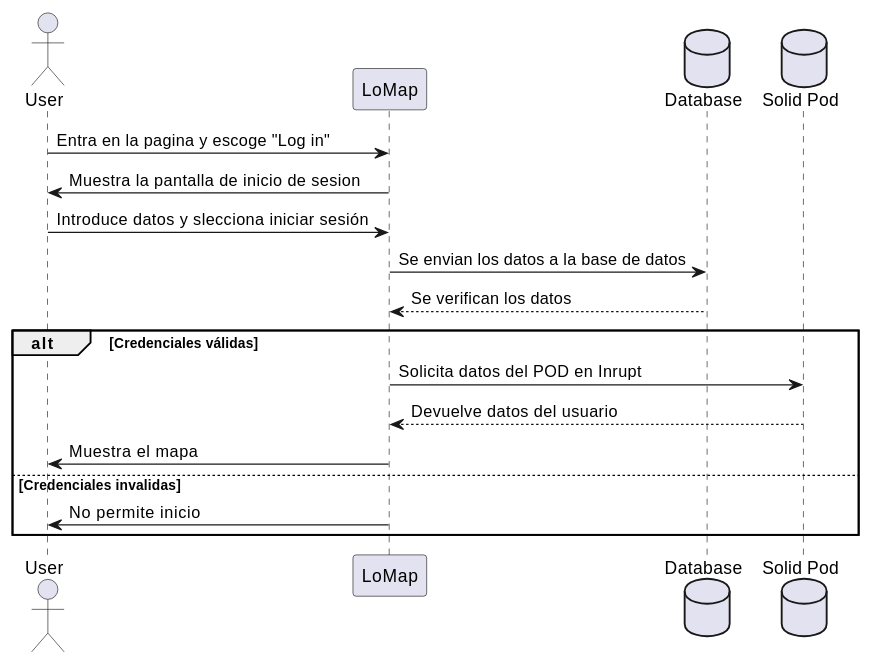
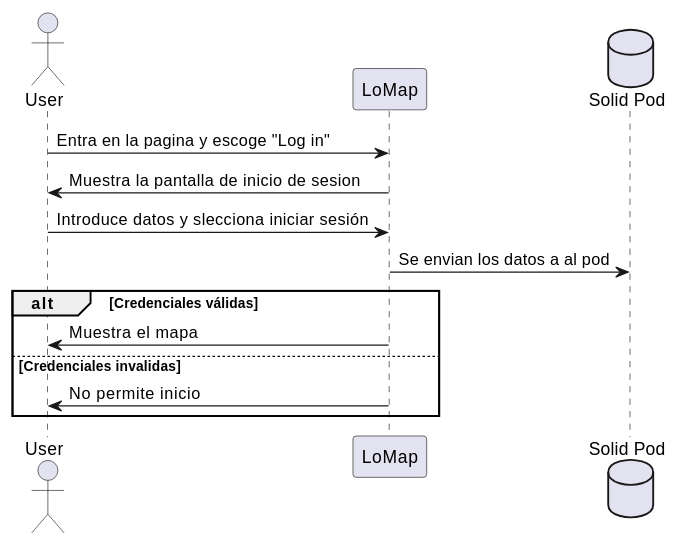
The second of 8 diagrams in docs/06_runtime_view.adoc (Arquisoft/lomap_es4c), drawn with PlantUML before and after one commit. The commit also changed other lines of this file and 1 other file, not shown here.

```diff
--- a/docs/06_runtime_view.adoc
+++ b/docs/06_runtime_view.adoc
@@ -41,20 +51,16 @@
 [plantuml, "Iniciar sesón", png]
 ----
 actor "User" as user
 participant "LoMap" as LoMap
-database "Database" as database
 database "Solid Pod" as pod
 
 user->LoMap: Entra en la pagina y escoge "Log in"
 LoMap->user: Muestra la pantalla de inicio de sesion
 user->LoMap: Introduce datos y slecciona iniciar sesión
-LoMap->database: Se envian los datos a la base de datos
-database-->LoMap:Se verifican los datos
+LoMap->pod: Se envian los datos a al pod
 alt Credenciales válidas
-    LoMap->pod: Solicita datos del POD en Inrupt
-    pod-->LoMap:Devuelve datos del usuario
     LoMap->user: Muestra el mapa
 else Credenciales invalidas
     LoMap->user: No permite inicio
 end
 ----
```
